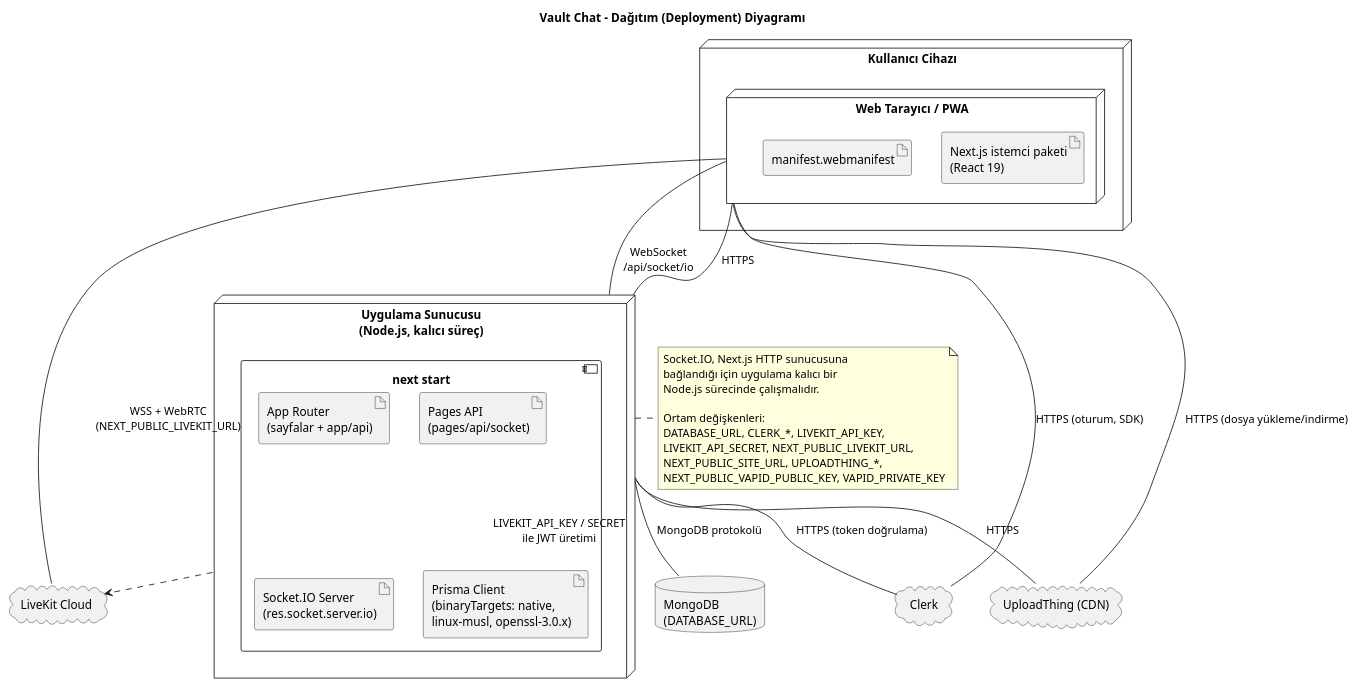
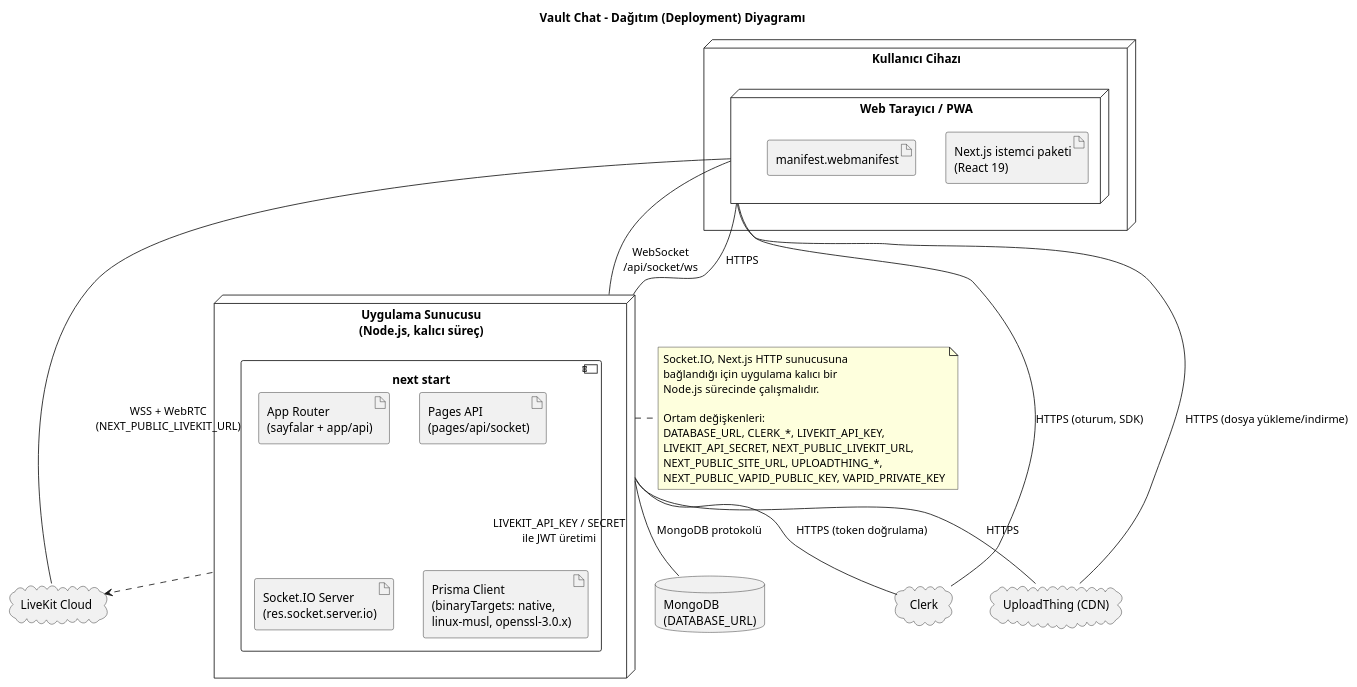
Before and after one commit to eraycubukcu/vault: the diagram in UMLs/04-deployment.puml, drawn with PlantUML. The commit also changed 10 other files, not shown here.

First line of the commit message:
fix: serve Socket.IO on a route-less path so Next keeps the WebSocket open

```diff
--- a/UMLs/04-deployment.puml
+++ b/UMLs/04-deployment.puml
@@ -1,46 +1,46 @@
 @startuml 04-deployment
 title Vault Chat - Dağıtım (Deployment) Diyagramı
 
 node "Kullanıcı Cihazı" as Device {
   node "Web Tarayıcı / PWA" as Browser {
     artifact "Next.js istemci paketi\n(React 19)" as Bundle
     artifact "manifest.webmanifest" as Manifest
   }
 }
 
 node "Uygulama Sunucusu\n(Node.js, kalıcı süreç)" as AppNode {
   component "next start" as NextApp {
     artifact "App Router\n(sayfalar + app/api)" as AR
     artifact "Pages API\n(pages/api/socket)" as PA
     artifact "Socket.IO Server\n(res.socket.server.io)" as SIO
     artifact "Prisma Client\n(binaryTargets: native,\nlinux-musl, openssl-3.0.x)" as PC
   }
 }
 
 cloud "Clerk" as Clerk
 cloud "LiveKit Cloud" as LiveKit
 cloud "UploadThing (CDN)" as UT
 database "MongoDB\n(DATABASE_URL)" as Mongo
 
 Browser -- AppNode : HTTPS
-Browser -- AppNode : WebSocket\n/api/socket/io
+Browser -- AppNode : WebSocket\n/api/socket/ws
 Browser -- Clerk : HTTPS (oturum, SDK)
 Browser -- LiveKit : WSS + WebRTC\n(NEXT_PUBLIC_LIVEKIT_URL)
 Browser -- UT : HTTPS (dosya yükleme/indirme)
 AppNode -- Mongo : MongoDB protokolü
 AppNode -- Clerk : HTTPS (token doğrulama)
 AppNode -- UT : HTTPS
 AppNode ..> LiveKit : LIVEKIT_API_KEY / SECRET\nile JWT üretimi
 
 note right of AppNode
   Socket.IO, Next.js HTTP sunucusuna
   bağlandığı için uygulama kalıcı bir
   Node.js sürecinde çalışmalıdır.
 
   Ortam değişkenleri:
   DATABASE_URL, CLERK_*, LIVEKIT_API_KEY,
   LIVEKIT_API_SECRET, NEXT_PUBLIC_LIVEKIT_URL,
   NEXT_PUBLIC_SITE_URL, UPLOADTHING_*,
   NEXT_PUBLIC_VAPID_PUBLIC_KEY, VAPID_PRIVATE_KEY
 end note
 @enduml
```
